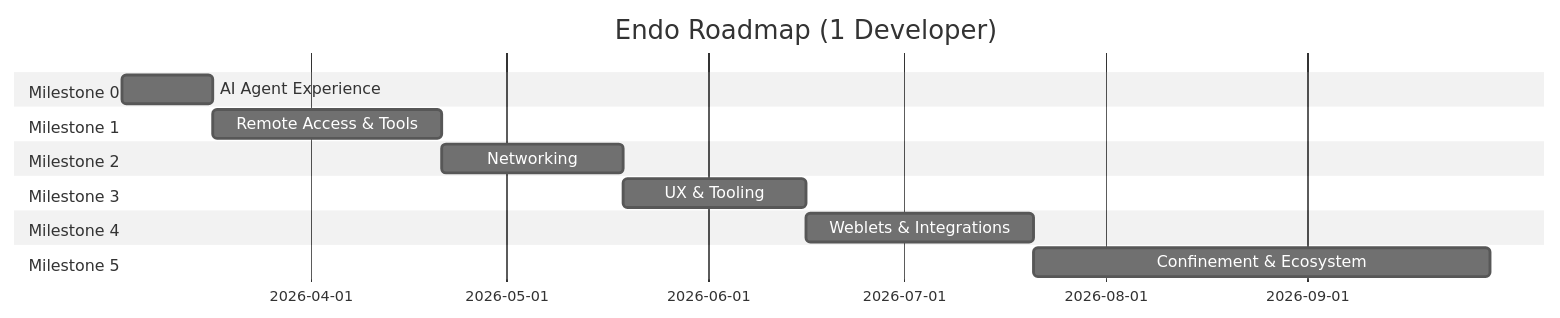
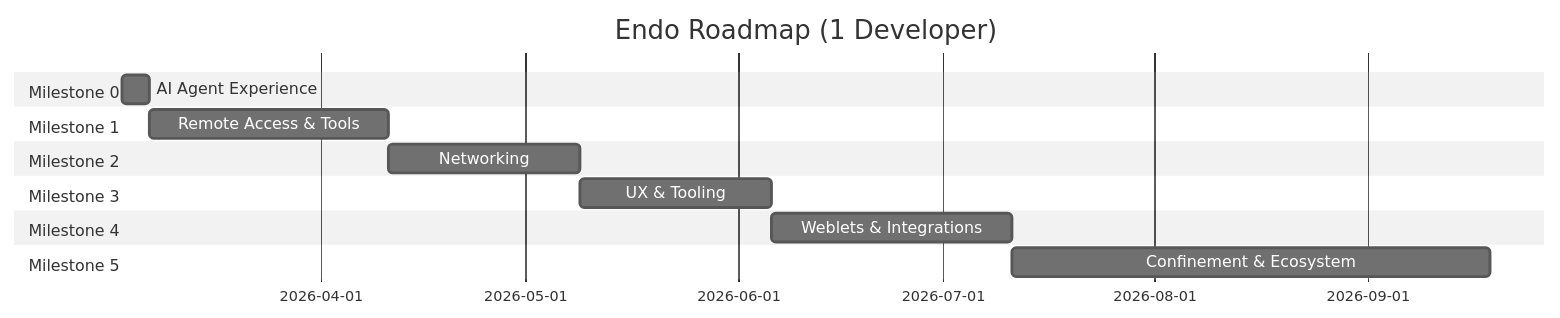
One commit to jbotson/endo-but-for-bots changed the second of 2 diagrams in designs/README.md. Above: the diagram before and after it, drawn with Mermaid (neutral theme). The commit also changed other lines of this file and 1 other file, not shown here.

````diff
--- a/designs/README.md
+++ b/designs/README.md
@@ -418,23 +418,23 @@
 ```mermaid
 gantt
     title Endo Roadmap (1 Developer)
     dateFormat YYYY-MM-DD
 
     section Milestone 0
-    AI Agent Experience           :m0, 2026-03-03, 2w
+    AI Agent Experience           :m0, 2026-03-03, 4d
 
     section Milestone 1
     Remote Access & Tools         :m1, after m0, 5w
 
     section Milestone 2
     Networking                    :m2, after m1, 4w
 
     section Milestone 3
     UX & Tooling                  :m3, after m2, 4w
 
     section Milestone 4
     Weblets & Integrations        :m4, after m3, 5w
 
     section Milestone 5
     Confinement & Ecosystem       :m5, after m4, 10w
 ```
````
